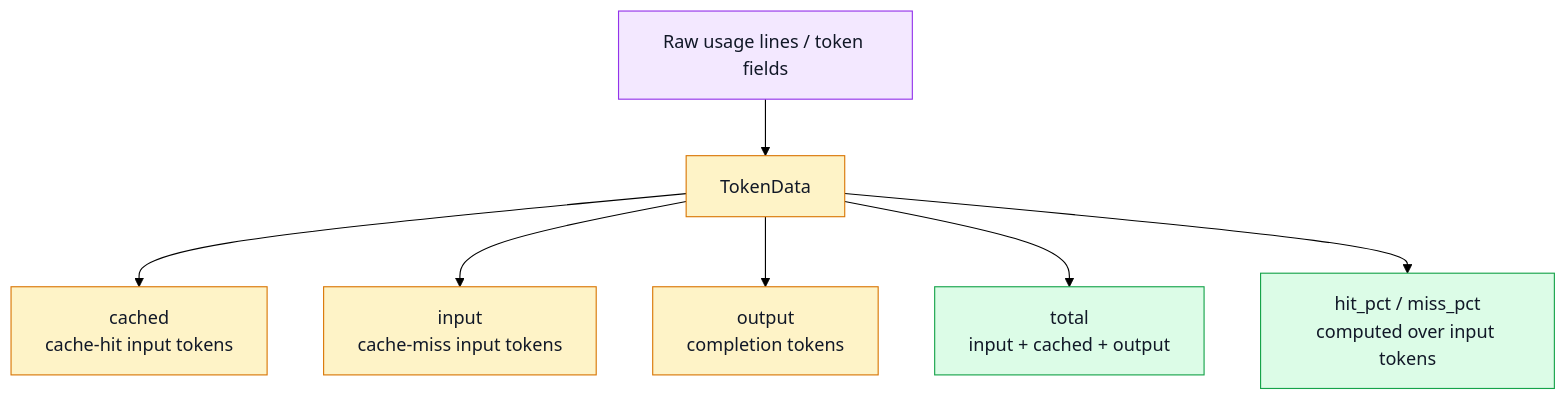
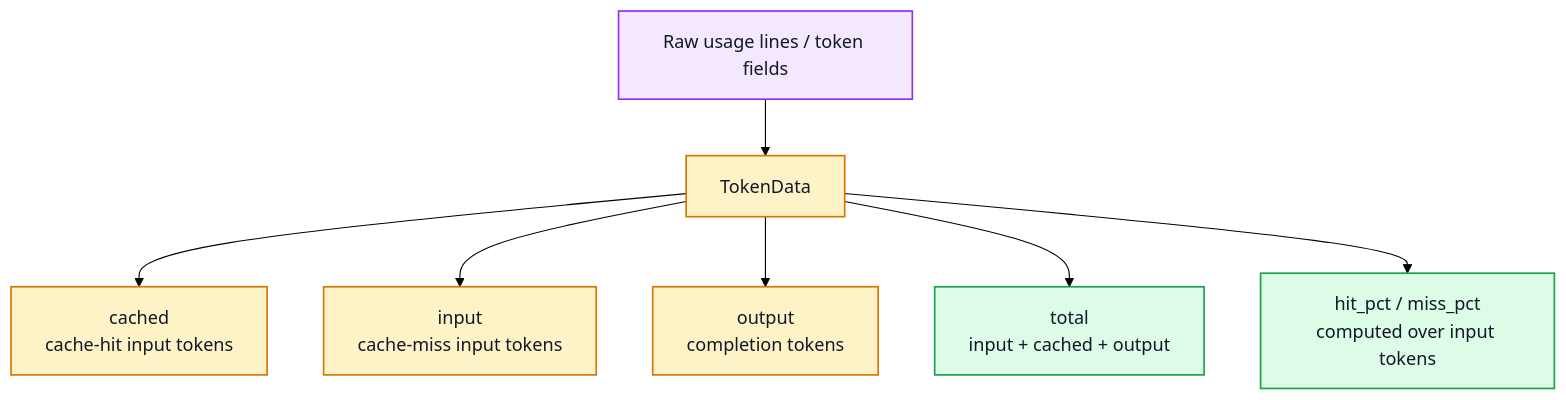
The second of 3 diagrams in docs/data-architecture.md (michaelnicks0/ai-usage), drawn with Mermaid (forest theme) before and after one commit. The commit also changed other lines of this file and 1 other file, not shown here.

Commit message:
docs: normalize Mermaid diagram style

````diff
--- a/docs/data-architecture.md
+++ b/docs/data-architecture.md
@@ -60,13 +60,13 @@
 ```mermaid
 flowchart TB
     rawUsage["Raw usage lines / token fields"]:::external --> tokenData["TokenData"]:::datastore
-    tokenData --> cached["cached\ncache-hit input tokens"]:::datastore
-    tokenData --> input["input\ncache-miss input tokens"]:::datastore
-    tokenData --> output["output\ncompletion tokens"]:::datastore
-    tokenData --> total["total\ninput + cached + output"]:::process
-    tokenData --> percentages["hit_pct / miss_pct\ncomputed over input tokens"]:::process
+    tokenData --> cached["cached<br/>cache-hit input tokens"]:::datastore
+    tokenData --> input["input<br/>cache-miss input tokens"]:::datastore
+    tokenData --> output["output<br/>completion tokens"]:::datastore
+    tokenData --> total["total<br/>input + cached + output"]:::process
+    tokenData --> percentages["hit_pct / miss_pct<br/>computed over input tokens"]:::process
 
-    classDef process fill:#dcfce7,stroke:#16a34a,color:#111827;
-    classDef datastore fill:#fef3c7,stroke:#d97706,color:#111827;
-    classDef external fill:#f3e8ff,stroke:#9333ea,color:#111827;
+    classDef process fill:#dcfce7,stroke:#16a34a,color:#111827,stroke-width:1.5px;
+    classDef datastore fill:#fef3c7,stroke:#d97706,color:#111827,stroke-width:1.5px;
+    classDef external fill:#f3e8ff,stroke:#9333ea,color:#111827,stroke-width:1.5px;
 ```
````
